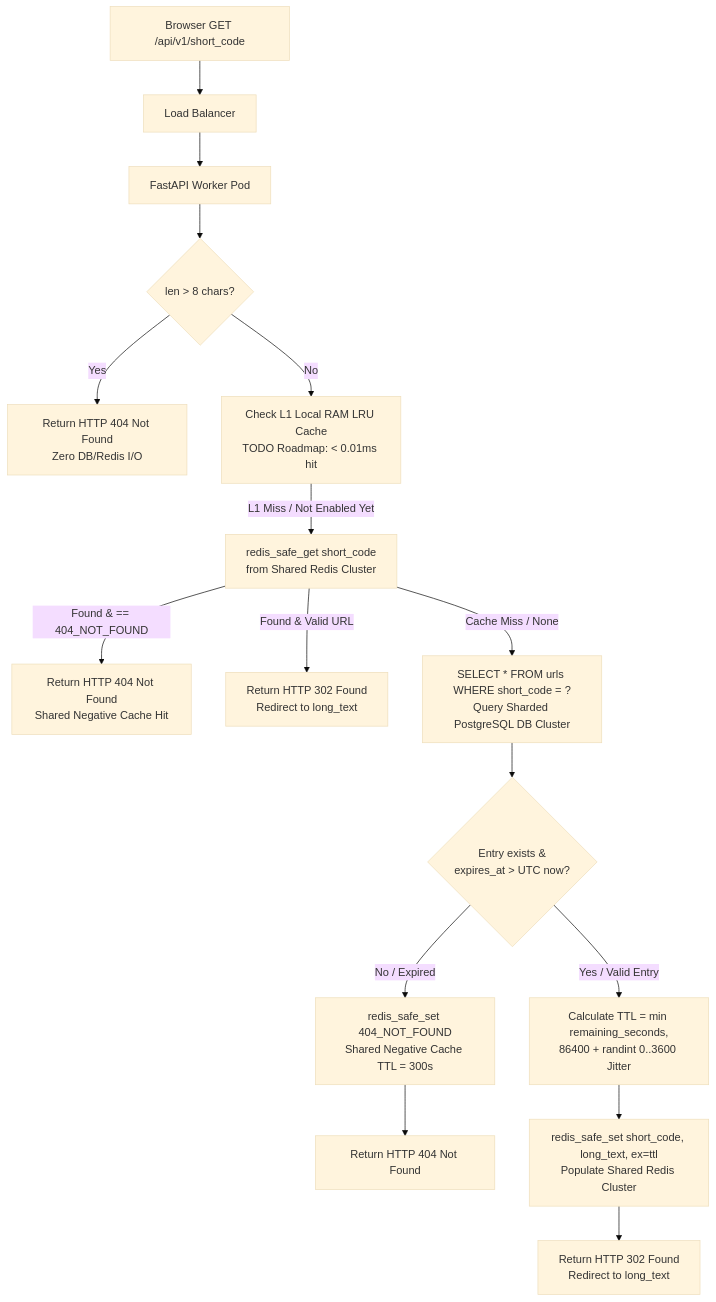
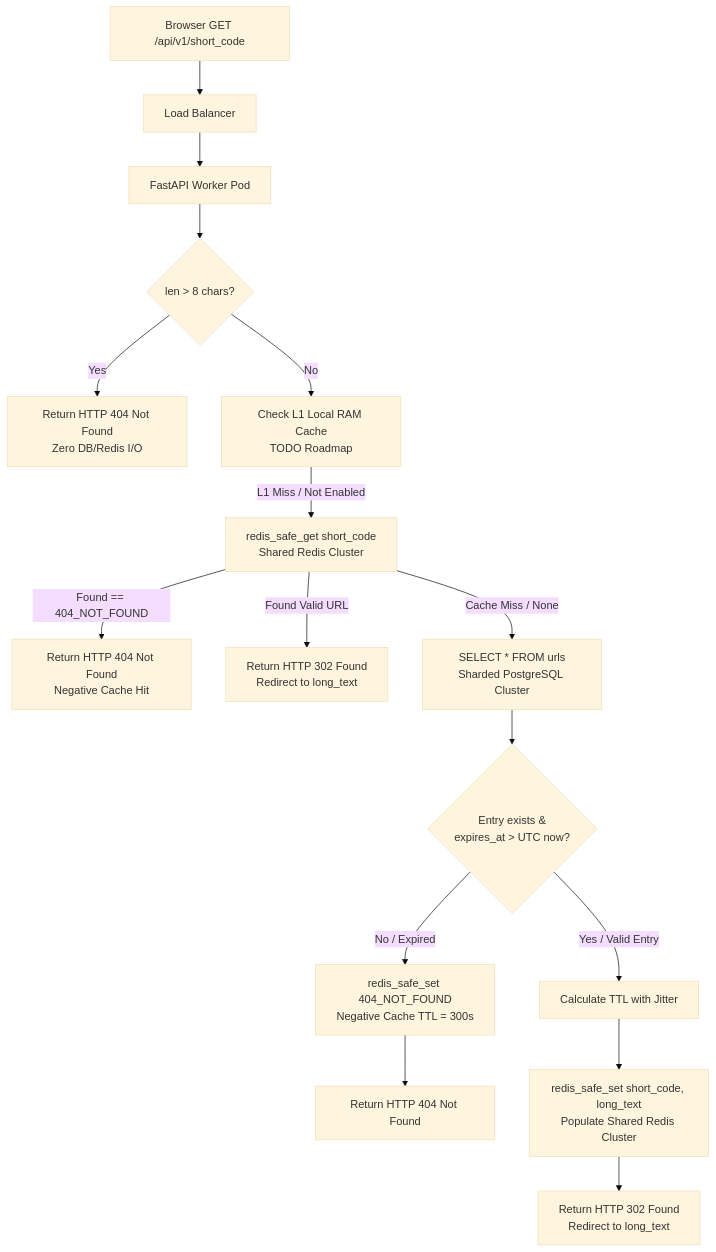
Before and after one commit to AnuragPandey01/System-Design-URL-Shortener: the fourth of 4 diagrams in README.md, drawn with Mermaid (base theme). The commit also changed other lines of this file, not shown here.

````diff
--- a/README.md
+++ b/README.md
@@ -276,24 +272,24 @@
 ```mermaid
 graph TD
     Client[Browser GET /api/v1/short_code] --> LB[Load Balancer]
     LB --> A[FastAPI Worker Pod]
     
     A --> B{len > 8 chars?}
     B -->|Yes| C[Return HTTP 404 Not Found<br/>Zero DB/Redis I/O]
-    B -->|No| D[Check L1 Local RAM LRU Cache<br/>TODO Roadmap: < 0.01ms hit]
+    B -->|No| D[Check L1 Local RAM Cache<br/>TODO Roadmap]
     
-    D -->|L1 Miss / Not Enabled Yet| E[redis_safe_get short_code<br/>from Shared Redis Cluster]
+    D -->|L1 Miss / Not Enabled| E[redis_safe_get short_code<br/>Shared Redis Cluster]
     
-    E -->|Found & == 404_NOT_FOUND| F[Return HTTP 404 Not Found<br/>Shared Negative Cache Hit]
-    E -->|Found & Valid URL| G[Return HTTP 302 Found<br/>Redirect to long_text]
+    E -->|Found == 404_NOT_FOUND| F[Return HTTP 404 Not Found<br/>Negative Cache Hit]
+    E -->|Found Valid URL| G[Return HTTP 302 Found<br/>Redirect to long_text]
     
-    E -->|Cache Miss / None| H[SELECT * FROM urls WHERE short_code = ?<br/>Query Sharded PostgreSQL DB Cluster]
+    E -->|Cache Miss / None| H[SELECT * FROM urls<br/>Sharded PostgreSQL Cluster]
     H --> I{Entry exists &<br/>expires_at > UTC now?}
     
-    I -->|No / Expired| J[redis_safe_set 404_NOT_FOUND<br/>Shared Negative Cache TTL = 300s]
+    I -->|No / Expired| J[redis_safe_set 404_NOT_FOUND<br/>Negative Cache TTL = 300s]
     J --> K[Return HTTP 404 Not Found]
     
-    I -->|Yes / Valid Entry| L[Calculate TTL = min remaining_seconds,<br/>86400 + randint 0..3600 Jitter]
-    L --> M[redis_safe_set short_code, long_text, ex=ttl<br/>Populate Shared Redis Cluster]
+    I -->|Yes / Valid Entry| L[Calculate TTL with Jitter]
+    L --> M[redis_safe_set short_code, long_text<br/>Populate Shared Redis Cluster]
     M --> N[Return HTTP 302 Found<br/>Redirect to long_text]
 ```
````
